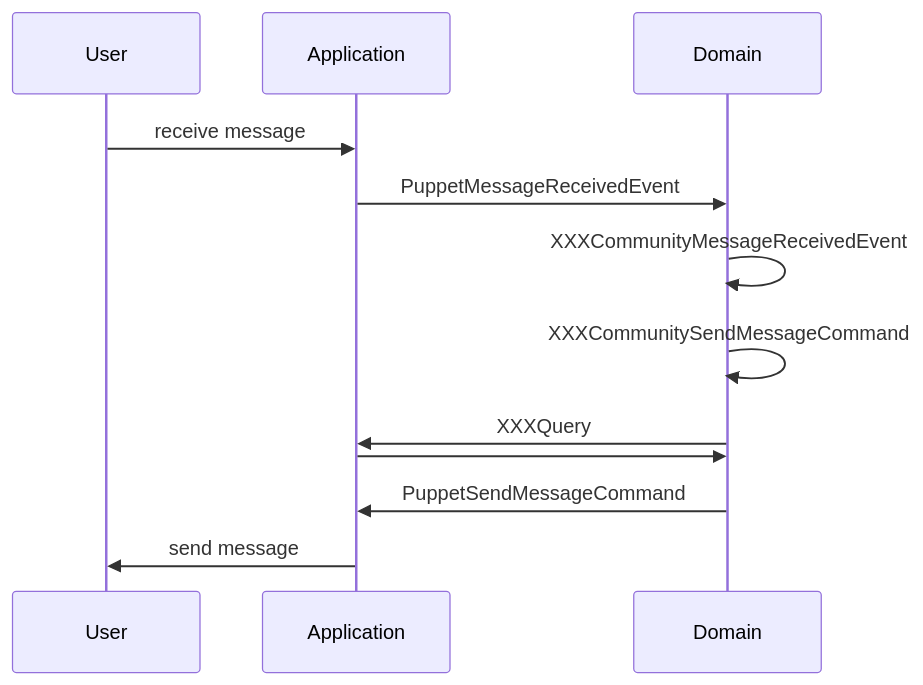
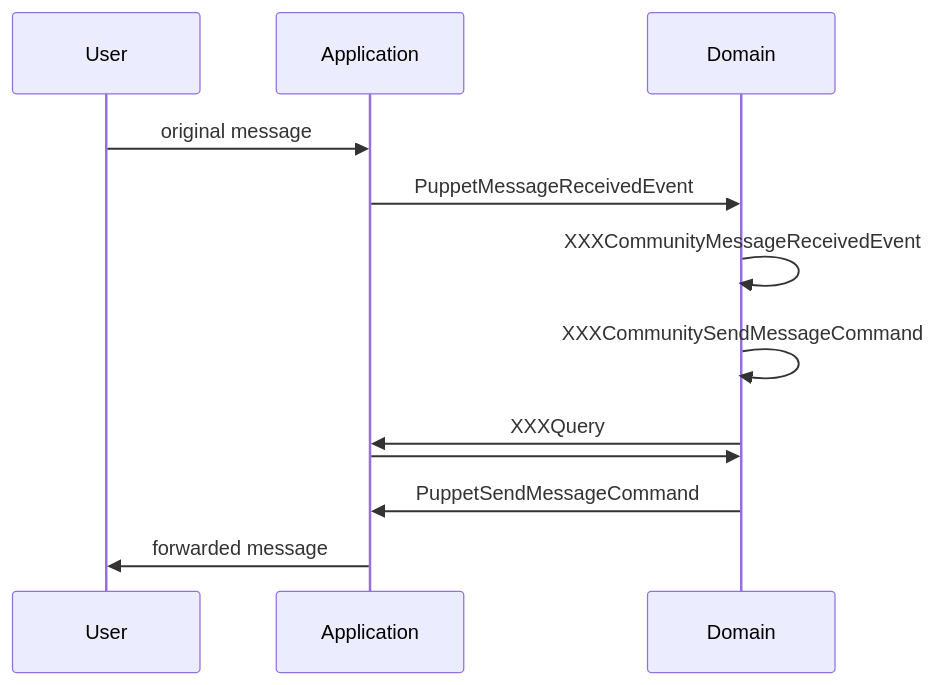
Before and after one commit to wechaty/friday: the fourth of 4 diagrams in src/sync-community-rooms-domain/README.md, drawn with Mermaid. The commit also changed other lines of this file, not shown here.

Commit message:
re-draw mermaid diagram

````diff
--- a/src/sync-community-rooms-domain/README.md
+++ b/src/sync-community-rooms-domain/README.md
@@ -104,14 +119,14 @@
 ```mermaid
 sequenceDiagram
     participant User
     participant Application
     participant Domain
-    User->>Application: receive message
+    User->>Application: original message
     Application->>Domain: PuppetMessageReceivedEvent
     Domain->>Domain: XXXCommunityMessageReceivedEvent
     Domain->>Domain: XXXCommunitySendMessageCommand
     Domain->>Application: XXXQuery
     Application->>Domain: 
     Domain->>Application: PuppetSendMessageCommand
-    Application->>User: send message
+    Application->>User: forwarded message
 ```
````
